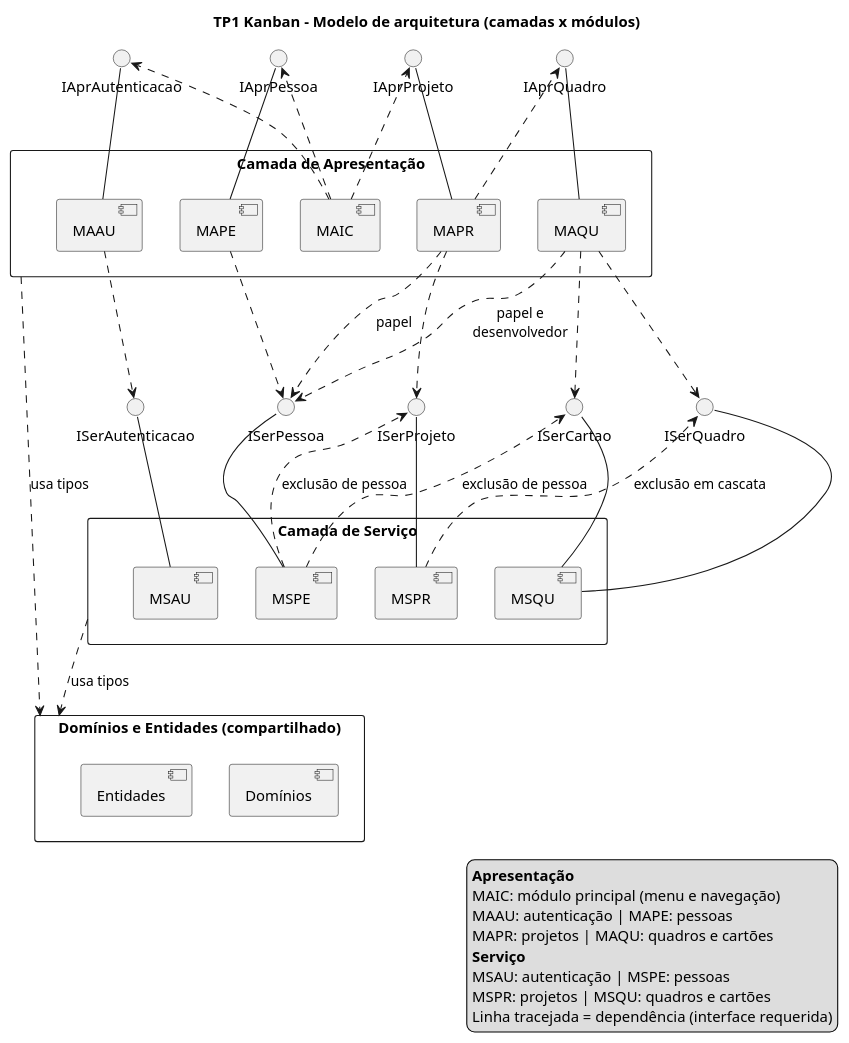
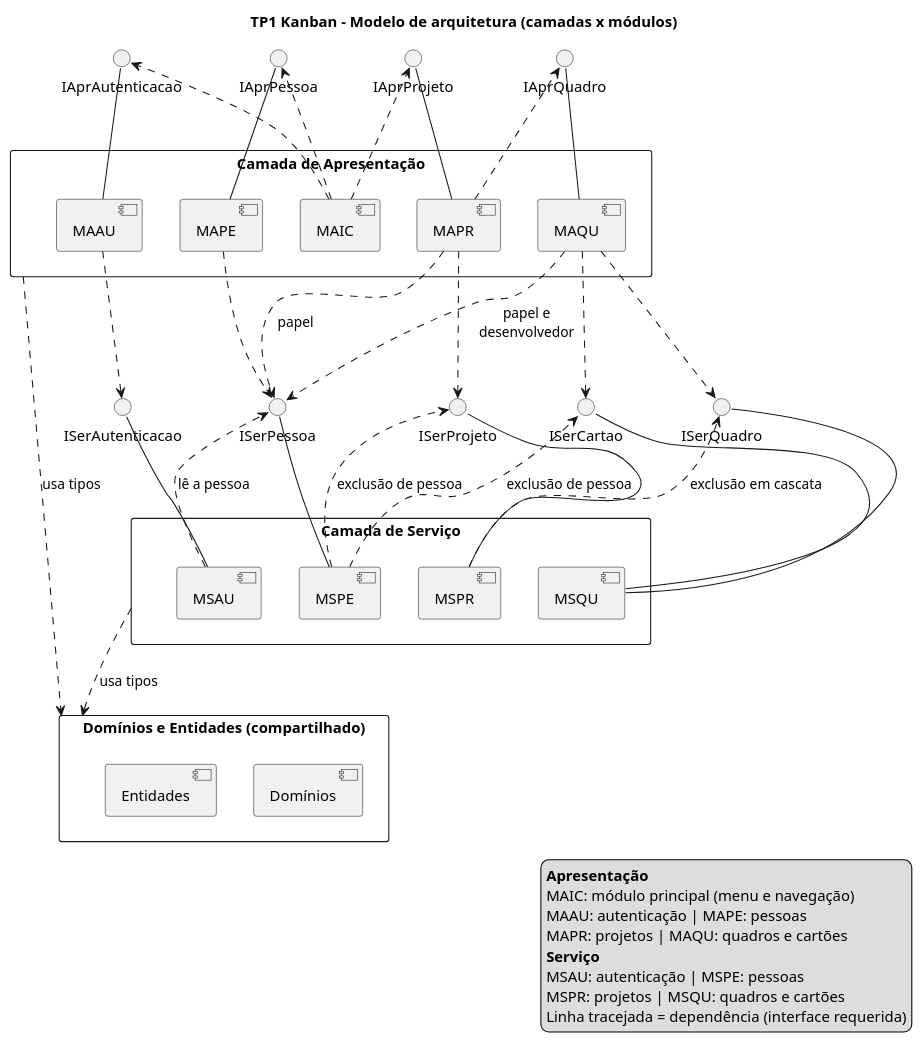
The diagram in documentação/arquitetura.puml (Arthur-Maltagh/Projeto_TP1), drawn with PlantUML before and after one commit. The commit also changed 347 other files, not shown here.

```diff
--- a/documentação/arquitetura.puml
+++ b/documentação/arquitetura.puml
@@ -1,89 +1,90 @@
 @startuml arquitetura
 title TP1 Kanban - Modelo de arquitetura (camadas x módulos)
 skinparam componentStyle uml2
 skinparam shadowing false
 skinparam packageStyle rectangle
 
 package "Camada de Apresentação" as APR {
   component MAIC
   component MAAU
   component MAPE
   component MAPR
   component MAQU
 }
 
 package "Camada de Serviço" as SER {
   component MSAU
   component MSPE
   component MSPR
   component MSQU
 }
 
 package "Domínios e Entidades (compartilhado)" as DE {
   component "Domínios" as DOM
   component "Entidades" as ENT
 }
 
 ' ---------- Interfaces de apresentação ----------
 interface "IAprAutenticacao" as IAAU
 interface "IAprPessoa" as IAPE
 interface "IAprProjeto" as IAPR
 interface "IAprQuadro" as IAQU
 
 ' ---------- Interfaces de serviço ----------
 interface "ISerAutenticacao" as ISAU
 interface "ISerPessoa" as ISPE
 interface "ISerProjeto" as ISPR
 interface "ISerQuadro" as ISQU
 interface "ISerCartao" as ISCA
 
 ' ---------- Módulos de apresentação provêm IApr* ----------
 IAAU -- MAAU
 IAPE -- MAPE
 IAPR -- MAPR
 IAQU -- MAQU
 
 ' ---------- MAIC usa as interfaces de apresentação ----------
 MAIC ..> IAAU
 MAIC ..> IAPE
 MAIC ..> IAPR
 
 ' ---------- Navegação hierárquica (opção A): Projeto -> Quadro ----------
 MAPR ..> IAQU
 
 ' ---------- Apresentação usa interfaces de serviço ----------
 MAAU ..> ISAU
 MAPE ..> ISPE
 MAPR ..> ISPR
 MAPR ..> ISPE : papel
 MAQU ..> ISQU
 MAQU ..> ISCA
 MAQU ..> ISPE : papel e\ndesenvolvedor
 
 ' ---------- Módulos de serviço provêm ISer* ----------
 ISAU -- MSAU
 ISPE -- MSPE
 ISPR -- MSPR
 ISQU -- MSQU
 ISCA -- MSQU
 
 ' ---------- Dependências entre módulos de serviço (sem ciclos) ----------
+MSAU ..> ISPE : lê a pessoa
 MSPE ..> ISPR : exclusão de pessoa
 MSPE ..> ISCA : exclusão de pessoa
 MSPR ..> ISQU : exclusão em cascata
 
 ' ---------- Tipos compartilhados ----------
 APR ..> DE : usa tipos
 SER ..> DE : usa tipos
 
 legend right
   **Apresentação**
   MAIC: módulo principal (menu e navegação)
   MAAU: autenticação | MAPE: pessoas
   MAPR: projetos | MAQU: quadros e cartões
   **Serviço**
   MSAU: autenticação | MSPE: pessoas
   MSPR: projetos | MSQU: quadros e cartões
   Linha tracejada = dependência (interface requerida)
 endlegend
 @enduml
```
